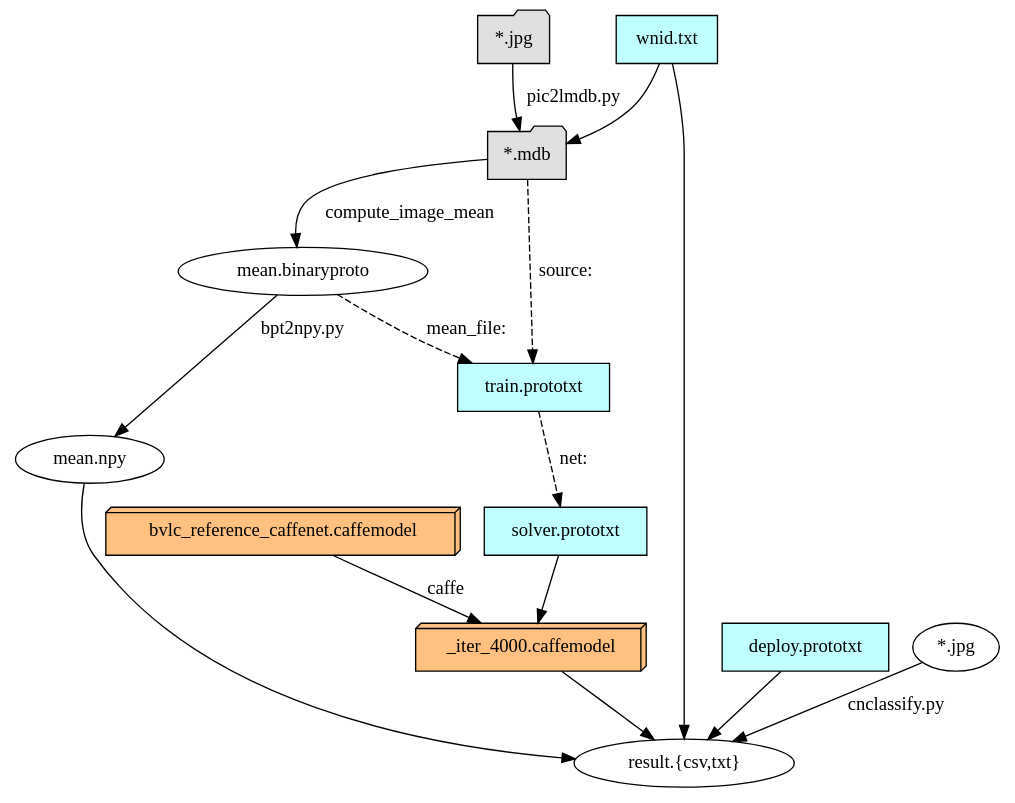
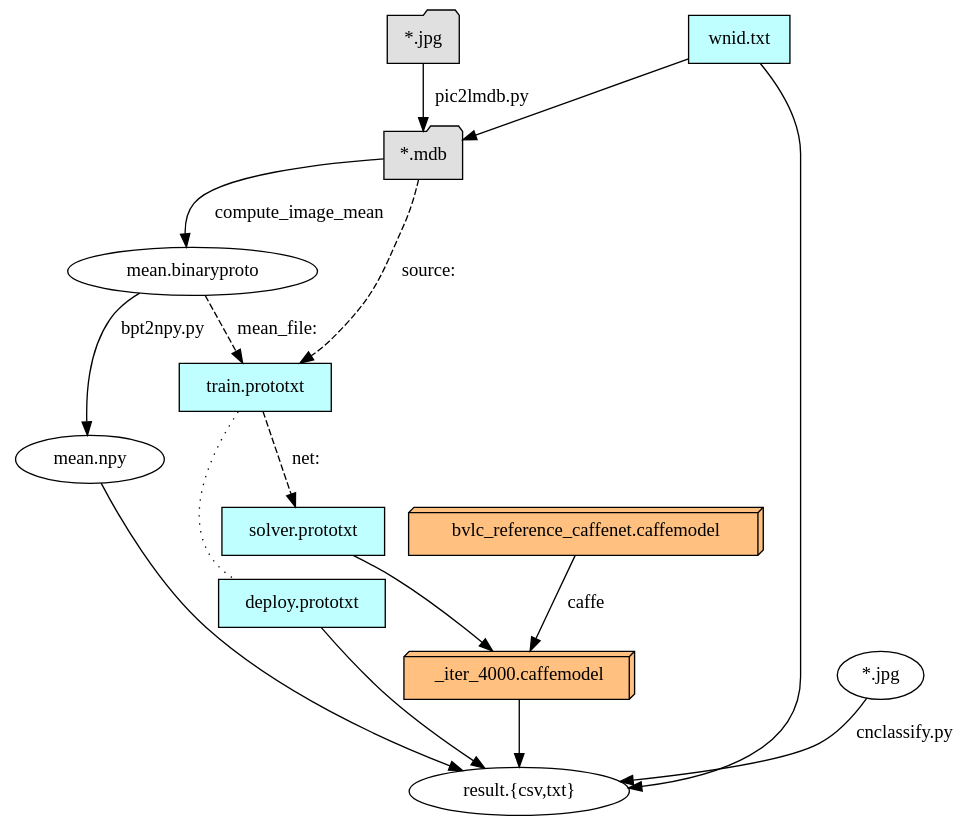
One commit to ckhung/deeplearning-cats-dogs-tutorial changed the diagram in tlprocess.dot. Above: the diagram before and after it, drawn with Graphviz. The commit also changed 1 other file, not shown here.

Commit message:
prototxt files train and deploy are related

```diff
--- a/tlprocess.dot
+++ b/tlprocess.dot
@@ -1,38 +1,39 @@
 digraph "files needed in the process of caffe transfer learning" {
 
     rankdir = TB;
     overlap = scale;
 
     pics [ label="*.jpg"
 	shape="folder" style=filled fillcolor="#e0e0e0" ]
     mean_bpt [ label="mean.binaryproto" ]
     mean_npy [ label="mean.npy" ]
     wnid [ label="wnid.txt"
 	shape="rectangle" style=filled fillcolor="#c0ffff" ]
     lmdb [ label="*.mdb" 
 	shape="folder" style=filled fillcolor="#e0e0e0" ]
     mod_train [ label="train.prototxt"
 	shape="rectangle" style=filled fillcolor="#c0ffff" ]
     mod_solver [ label="solver.prototxt"
 	shape="rectangle" style=filled fillcolor="#c0ffff" ]
     mod_deploy [ label="deploy.prototxt"
 	shape="rectangle" style=filled fillcolor="#c0ffff" ]
     weights_orig [ label="bvlc_reference_caffenet.caffemodel"
 	shape="box3d" style=filled fillcolor="#ffc080" ]
     weights_ape [ label="_iter_4000.caffemodel"
 	shape="box3d" style=filled fillcolor="#ffc080" ]
     test_pics [ label="*.jpg" ]
     result [ label="result.{csv,txt}" ]
 
     pics -> lmdb [ label="pic2lmdb.py" ]
     wnid -> lmdb
     lmdb -> mean_bpt [ label="compute_image_mean" ]
-    mod_train -> mod_solver [ style="dashed" label="net:" ]
-    mean_bpt -> mod_train [ style="dashed" label="mean_file:" ]
-    lmdb -> mod_train [ style="dashed" label="source:" ]
+    mod_train -> mod_deploy [ style=dotted arrowhead=none ]
+    mod_train -> mod_solver [ style=dashed label="net:" ]
+    mean_bpt -> mod_train [ style=dashed label="mean_file:" ]
+    lmdb -> mod_train [ style=dashed label="source:" ]
     mean_bpt -> mean_npy [ label="bpt2npy.py" ]
     mod_solver -> weights_ape
     weights_orig -> weights_ape [ label="caffe" ]
     { weights_ape mod_deploy wnid mean_npy } -> result
     test_pics -> result [ label="cnclassify.py" ]
 }
```
